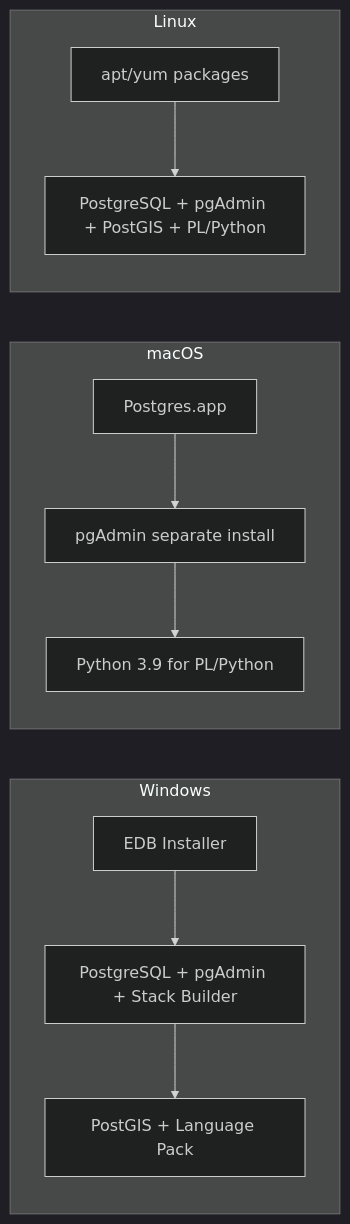
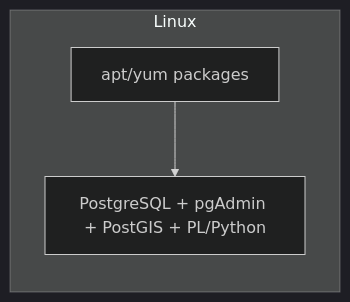
The third of 3 diagrams in Practical SQL/chap_1.md (Furba2/Obsidian), drawn with Mermaid (dark theme) before and after one commit. The commit also changed other lines of this file and 2 other files, not shown here.

````diff
--- a/Practical SQL/chap_1.md
+++ b/Practical SQL/chap_1.md
@@ -60,14 +23,6 @@
 ```mermaid
 flowchart LR
-    subgraph Windows
-        W1[EDB Installer] --> W2[PostgreSQL + pgAdmin + Stack Builder]
-        W2 --> W3[PostGIS + Language Pack]
-    end
-    subgraph macOS
-        M1[Postgres.app] --> M2[pgAdmin separate install]
-        M2 --> M3[Python 3.9 for PL/Python]
-    end
     subgraph Linux
         L1[apt/yum packages] --> L2[PostgreSQL + pgAdmin + PostGIS + PL/Python]
     end
 ```
````
